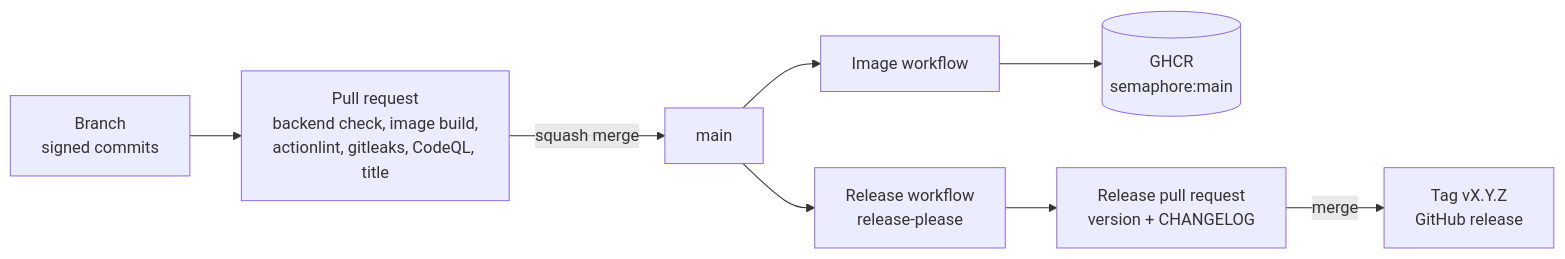
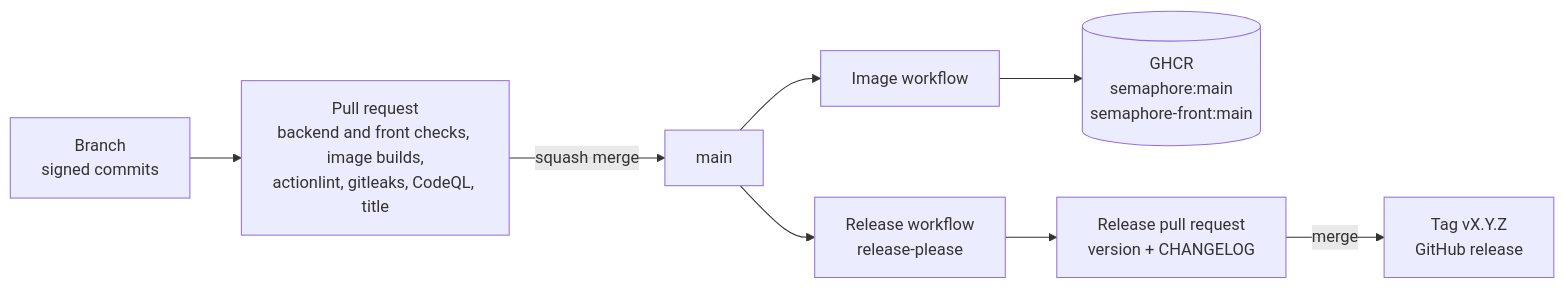
The second of 2 diagrams in README.md (Didelo-lilian/semaphore), drawn with Mermaid before and after one commit. The commit also changed other lines of this file and 37 other files, not shown here.

Commit message:
feat(front): add the React front and its image (#13)

````diff
--- a/README.md
+++ b/README.md
@@ -59,10 +73,10 @@
 ```mermaid
 flowchart LR
-  dev["Branch<br/>signed commits"] --> pr["Pull request<br/>backend check, image build,<br/>actionlint, gitleaks, CodeQL, title"]
+  dev["Branch<br/>signed commits"] --> pr["Pull request<br/>backend and front checks, image builds,<br/>actionlint, gitleaks, CodeQL, title"]
   pr -->|"squash merge"| main["main"]
   main --> image["Image workflow"]
-  image --> ghcr[("GHCR<br/>semaphore:main")]
+  image --> ghcr[("GHCR<br/>semaphore:main<br/>semaphore-front:main")]
   main --> release["Release workflow<br/>release-please"]
   release --> relpr["Release pull request<br/>version + CHANGELOG"]
   relpr -->|"merge"| tag["Tag vX.Y.Z<br/>GitHub release"]
 ```
````
